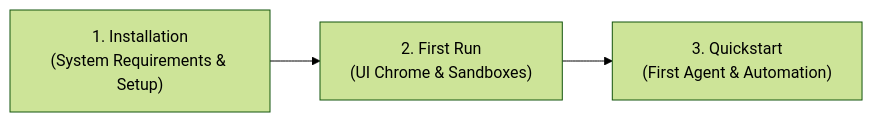
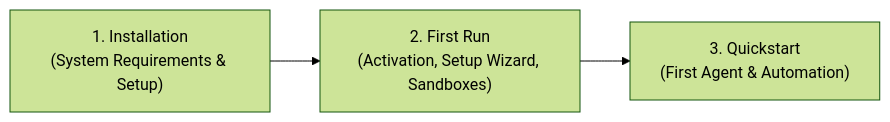
Before and after one commit to joelaniol/nova: the diagram in docs/getting-started/README.md, drawn with Mermaid (forest theme). The commit also changed other lines of this file and 495 other files, not shown here.

````diff
--- a/docs/getting-started/README.md
+++ b/docs/getting-started/README.md
@@ -11,5 +11,5 @@
 ```mermaid
 flowchart LR
-    A["1. Installation<br>(System Requirements & Setup)"] --> B["2. First Run<br>(UI Chrome & Sandboxes)"]
+    A["1. Installation<br>(System Requirements & Setup)"] --> B["2. First Run<br>(Activation, Setup Wizard, Sandboxes)"]
     B --> C["3. Quickstart<br>(First Agent & Automation)"]
 ```
````
